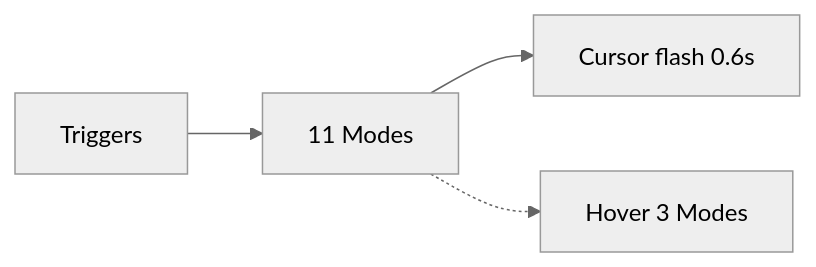
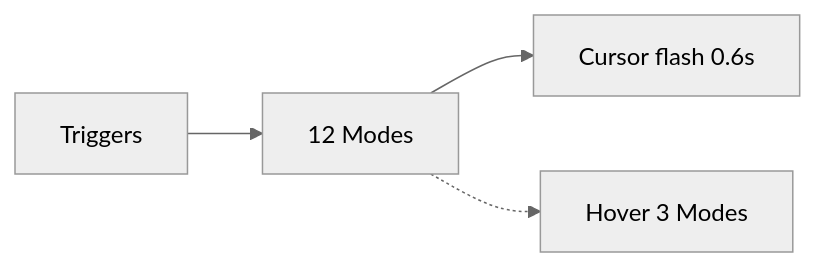
The diagram in docs/SYMBOLS.md (ShubhamJ010/MCSC), drawn with Mermaid (neutral theme) before and after one commit. The commit also changed other lines of this file and 21 other files, not shown here.

````diff
--- a/docs/SYMBOLS.md
+++ b/docs/SYMBOLS.md
@@ -102,6 +114,6 @@
 ```mermaid
 flowchart LR
-  Trig[Triggers] --> Mode[11 Modes]
+  Trig[Triggers] --> Mode[12 Modes]
   Mode --> Cursor[Cursor flash 0.6s]
   Mode -.-> Hover[Hover 3 Modes]
 ```
````
